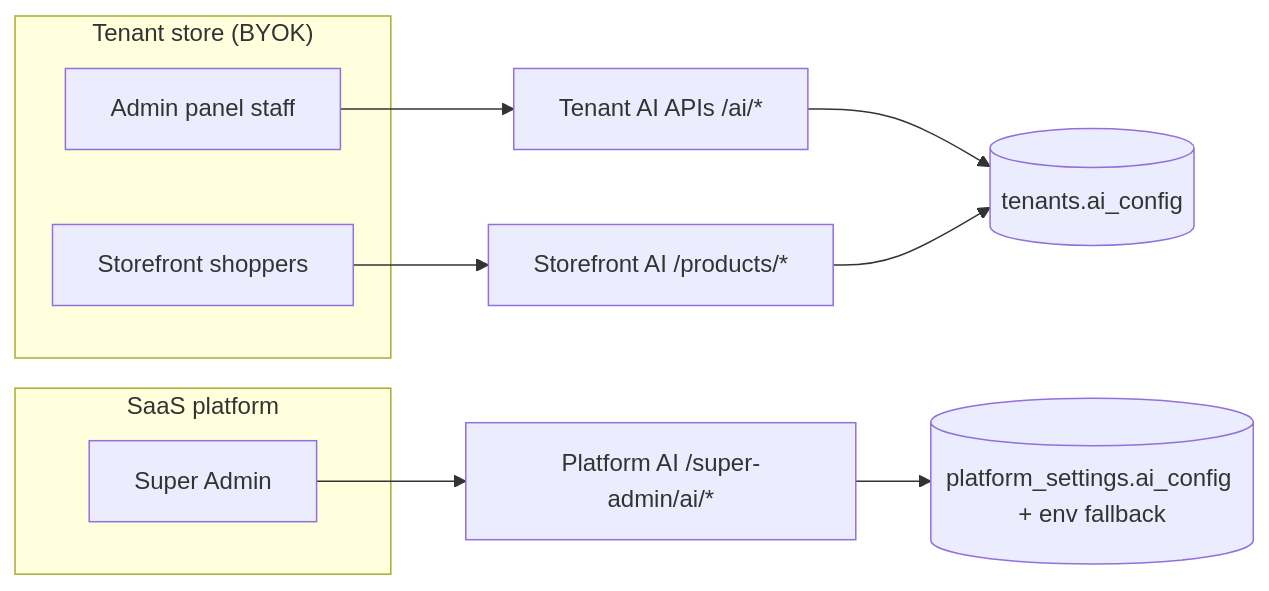
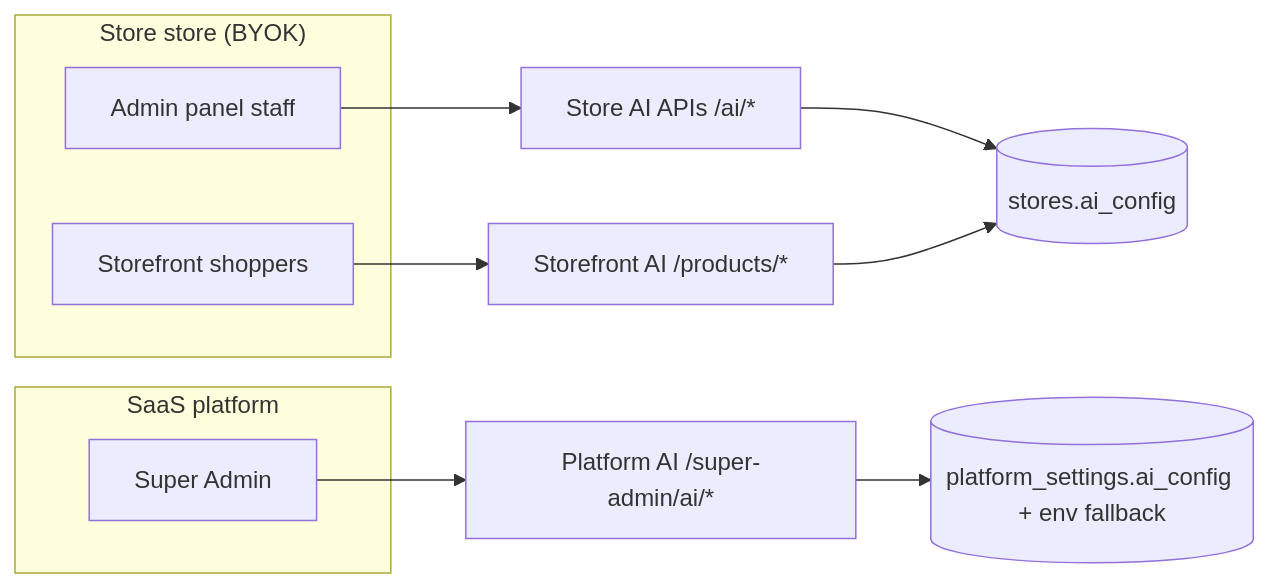
One commit to gowtamkumar/eCommerce-multi-store-saas-erp changed the first of 8 diagrams in doc/system-design/ai_system_guide.md. Above: the diagram before and after it, drawn with Mermaid. The commit also changed other lines of this file and 764 other files, not shown here.

````diff
--- a/doc/system-design/ai_system_guide.md
+++ b/doc/system-design/ai_system_guide.md
@@ -53,19 +53,19 @@
 ```mermaid
 flowchart LR
-  subgraph Tenant["Tenant store (BYOK)"]
+  subgraph Store["Store store (BYOK)"]
     ADMIN[Admin panel staff]
     SHOP[Storefront shoppers]
   end
 
   subgraph Platform["SaaS platform"]
     SA[Super Admin]
   end
 
-  ADMIN --> TAI[Tenant AI APIs /ai/*]
+  ADMIN --> TAI[Store AI APIs /ai/*]
   SHOP --> SF[Storefront AI /products/*]
   SA --> PAI[Platform AI /super-admin/ai/*]
 
-  TAI --> TKEY[(tenants.ai_config)]
+  TAI --> TKEY[(stores.ai_config)]
   SF --> TKEY
   PAI --> PKEY[(platform_settings.ai_config + env fallback)]
 ```
````
